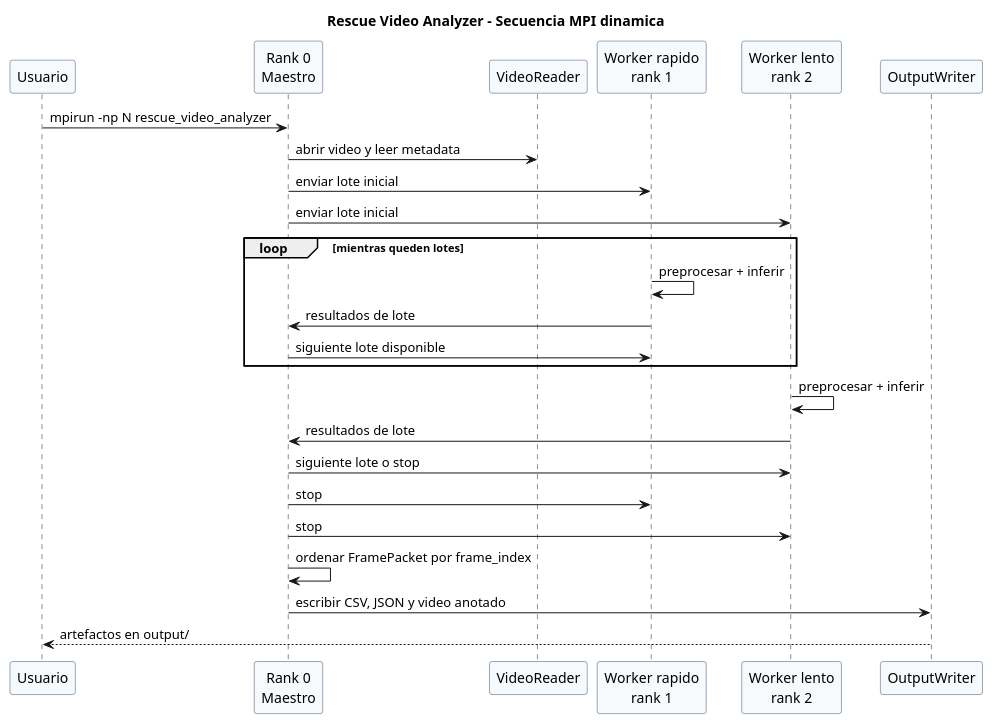
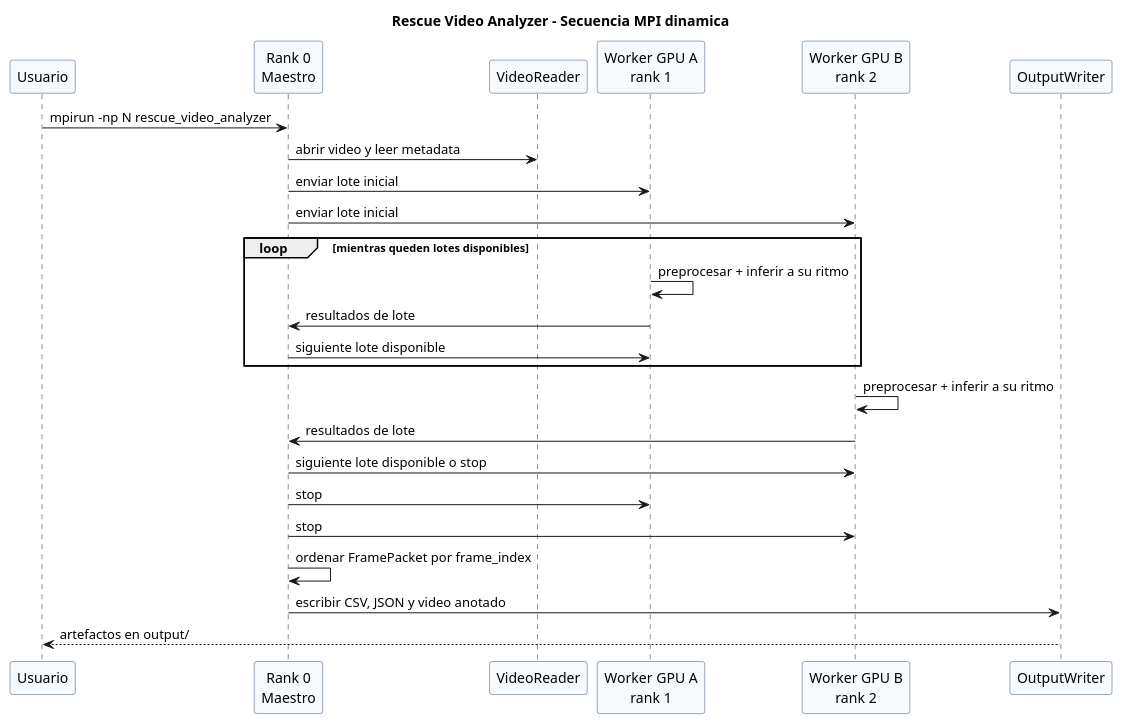
The diagram in docs/diagrams/mpi_sequence.puml (pablovalencia1404/mpi_video_analyzer), drawn with PlantUML before and after one commit. The commit also changed 6 other files, not shown here.

```diff
--- a/docs/diagrams/mpi_sequence.puml
+++ b/docs/diagrams/mpi_sequence.puml
@@ -1,37 +1,37 @@
 @startuml
 title Rescue Video Analyzer - Secuencia MPI dinamica
 
 skinparam backgroundColor #FFFFFF
 skinparam shadowing false
 skinparam SequenceArrowThickness 1
 skinparam ParticipantBorderColor #355070
 skinparam ParticipantBackgroundColor #F7FAFC
 
 participant "Usuario" as User
 participant "Rank 0\nMaestro" as Master
 participant "VideoReader" as Reader
-participant "Worker rapido\nrank 1" as Fast
-participant "Worker lento\nrank 2" as Slow
+participant "Worker GPU A\nrank 1" as WorkerA
+participant "Worker GPU B\nrank 2" as WorkerB
 participant "OutputWriter" as Writer
 
 User -> Master : mpirun -np N rescue_video_analyzer
 Master -> Reader : abrir video y leer metadata
-Master -> Fast : enviar lote inicial
-Master -> Slow : enviar lote inicial
+Master -> WorkerA : enviar lote inicial
+Master -> WorkerB : enviar lote inicial
 
-loop mientras queden lotes
-  Fast -> Fast : preprocesar + inferir
-  Fast -> Master : resultados de lote
-  Master -> Fast : siguiente lote disponible
+loop mientras queden lotes disponibles
+  WorkerA -> WorkerA : preprocesar + inferir a su ritmo
+  WorkerA -> Master : resultados de lote
+  Master -> WorkerA : siguiente lote disponible
 end
 
-Slow -> Slow : preprocesar + inferir
-Slow -> Master : resultados de lote
-Master -> Slow : siguiente lote o stop
+WorkerB -> WorkerB : preprocesar + inferir a su ritmo
+WorkerB -> Master : resultados de lote
+Master -> WorkerB : siguiente lote disponible o stop
 
-Master -> Fast : stop
-Master -> Slow : stop
+Master -> WorkerA : stop
+Master -> WorkerB : stop
 Master -> Master : ordenar FramePacket por frame_index
 Master -> Writer : escribir CSV, JSON y video anotado
 Writer --> User : artefactos en output/
 @enduml
```
